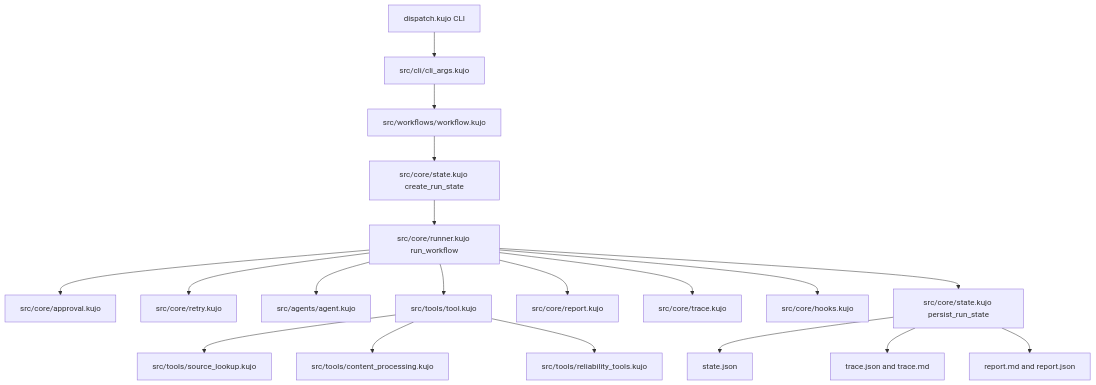
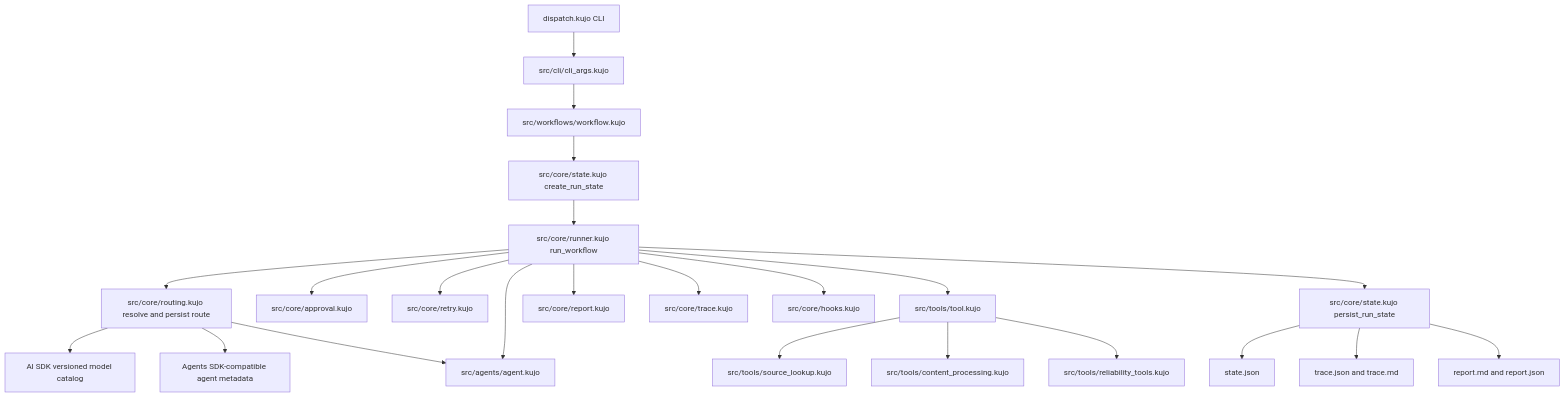
Before and after one commit to kujolang/dispatch: the first of 2 diagrams in docs/architecture-and-extension-diagrams.md, drawn with Mermaid. The commit also changed other lines of this file and 5 other files, not shown here.

````diff
--- a/docs/architecture-and-extension-diagrams.md
+++ b/docs/architecture-and-extension-diagrams.md
@@ -7,21 +7,25 @@
 ```mermaid
 flowchart TD
 	A[dispatch.kujo CLI] --> B[src/cli/cli_args.kujo]
 	B --> C[src/workflows/workflow.kujo]
 	C --> D[src/core/state.kujo create_run_state]
 	D --> E[src/core/runner.kujo run_workflow]
+	E --> RT[src/core/routing.kujo resolve and persist route]
+	RT --> CAT[AI SDK versioned model catalog]
+	RT --> AG[Agents SDK-compatible agent metadata]
+	RT --> H[src/agents/agent.kujo handler execution]
 	E --> F[src/core/approval.kujo]
 	E --> G[src/core/retry.kujo]
 	E --> H[src/agents/agent.kujo]
 	E --> I[src/tools/tool.kujo]
 	I --> J[src/tools/source_lookup.kujo]
 	I --> K[src/tools/content_processing.kujo]
 	I --> L[src/tools/reliability_tools.kujo]
 	E --> M[src/core/report.kujo]
 	E --> N[src/core/trace.kujo]
 	E --> O[src/core/hooks.kujo]
 	E --> P[src/core/state.kujo persist_run_state]
 	P --> Q[state.json]
 	P --> R[trace.json and trace.md]
 	P --> S[report.md and report.json]
 ```
````
